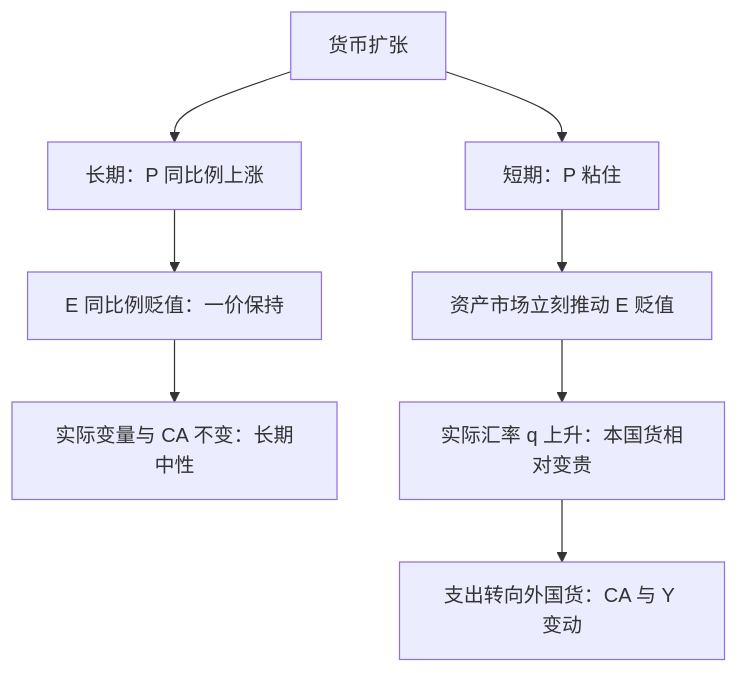
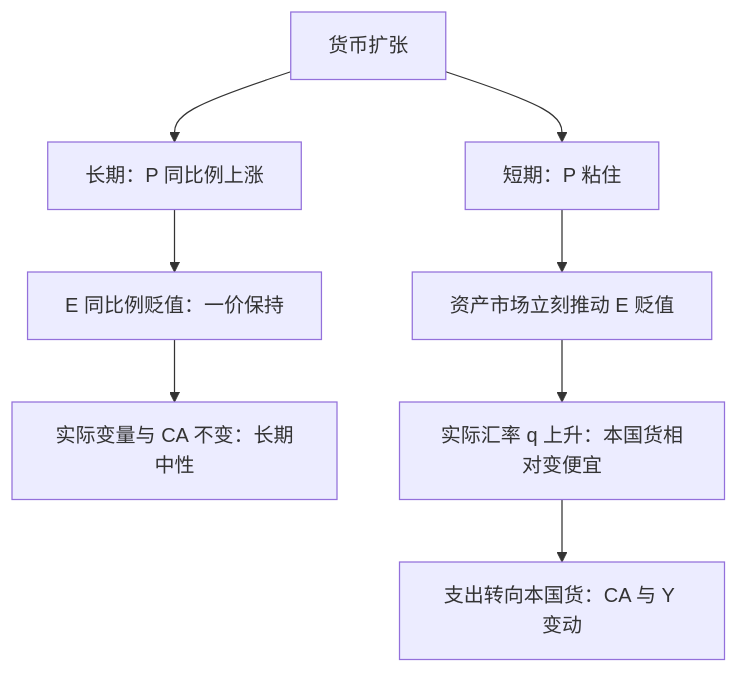
Before and after one commit to xhongduo-tech/xhongduo-tech.github.io: the second of 2 diagrams in docs/econ/ppp-loop.md, drawn with Mermaid. The commit also changed other lines of this file and 8 other files, not shown here.

````diff
--- a/docs/econ/ppp-loop.md
+++ b/docs/econ/ppp-loop.md
@@ -56,10 +56,10 @@
 ```mermaid
 flowchart TD
   M["货币扩张"] --> L["长期：P 同比例上涨"]
   L --> N["E 同比例贬值：一价保持"]
   N --> NEU["实际变量与 CA 不变：长期中性"]
   M --> S["短期：P 粘住"]
   S --> E["资产市场立刻推动 E 贬值"]
-  E --> Q["实际汇率 q 上升：本国货相对变贵"]
-  Q --> R["支出转向外国货：CA 与 Y 变动"]
+  E --> Q["实际汇率 q 上升：本国货相对变便宜"]
+  Q --> R["支出转向本国货：CA 与 Y 变动"]
 ```
````
